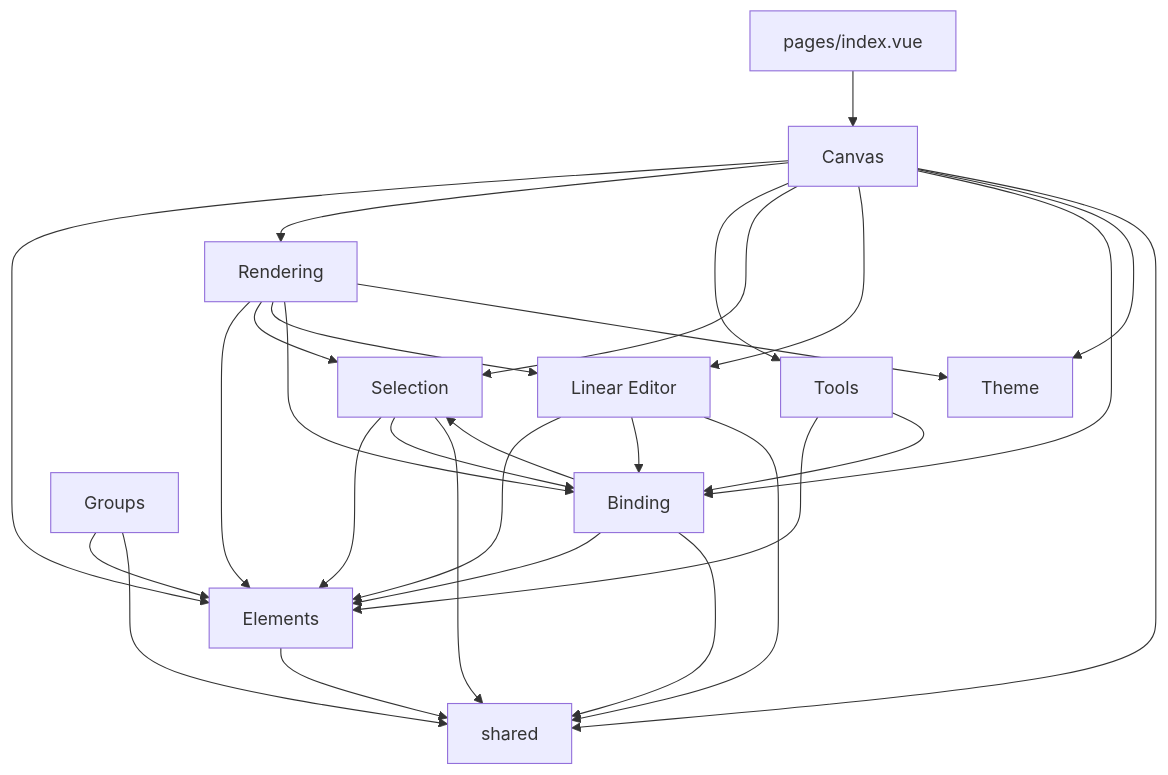
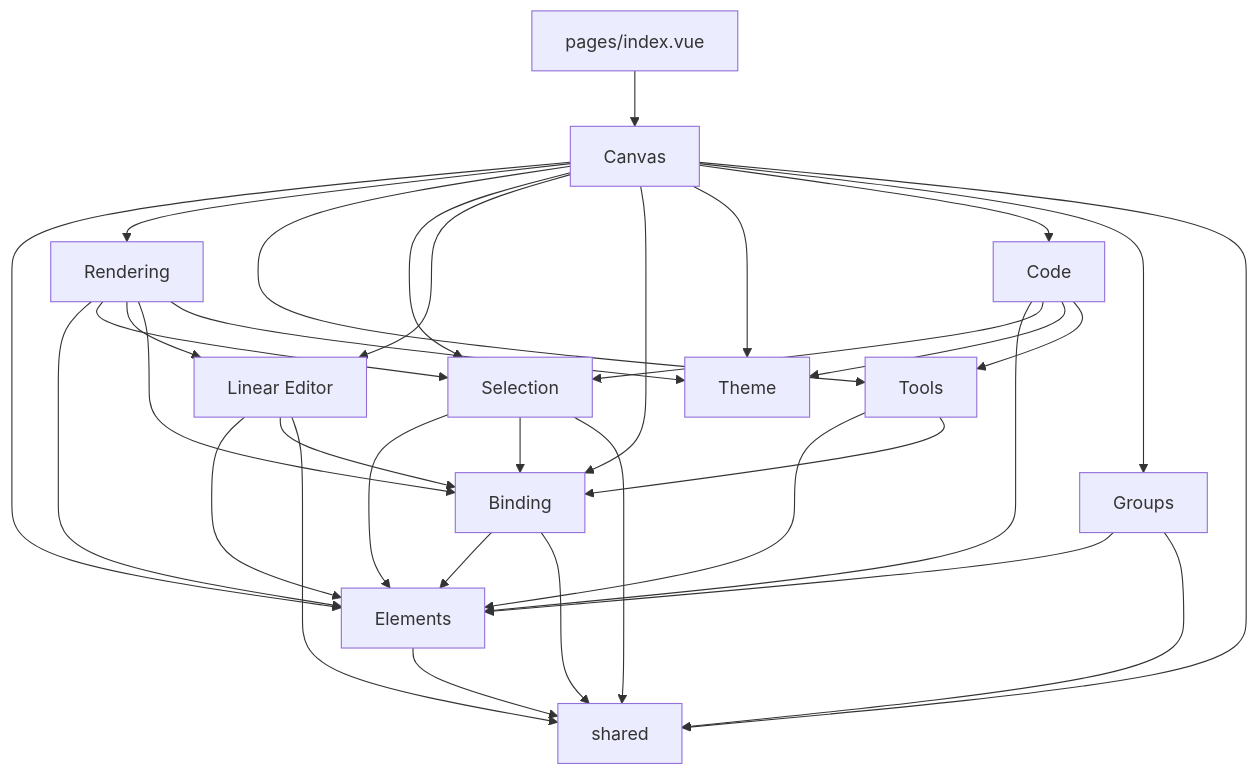
Before and after one commit to alexanderop/excalidrawNuxt: the diagram in docs/SYSTEM_KNOWLEDGE_MAP.md, drawn with Mermaid. The commit also changed other lines of this file and 74 other files, not shown here.

````diff
--- a/docs/SYSTEM_KNOWLEDGE_MAP.md
+++ b/docs/SYSTEM_KNOWLEDGE_MAP.md
@@ -23,38 +24,44 @@
 ```mermaid
 graph TD
     Pages[pages/index.vue] --> Canvas
     Canvas --> Elements
     Canvas --> Rendering
     Canvas --> Tools
     Canvas --> Selection
     Canvas --> LinearEditor[Linear Editor]
     Canvas --> Binding
     Canvas --> Theme
+    Canvas --> Code
+    Canvas --> Groups
 
     Tools --> Elements
     Tools --> Binding
+
+    Code --> Elements
+    Code --> Selection
+    Code --> Theme
+    Code --> Tools
 
     Rendering --> Elements
     Rendering --> Selection
     Rendering --> LinearEditor
     Rendering --> Binding
     Rendering --> Theme
 
     Selection --> Elements
     Selection --> Binding
 
     LinearEditor --> Elements
     LinearEditor --> Binding
 
     Binding --> Elements
-    Binding --> Selection
 
     Groups --> Elements
 
     Elements --> shared
     Canvas --> shared
     Selection --> shared
     LinearEditor --> shared
     Binding --> shared
     Groups --> shared
 ```
````
